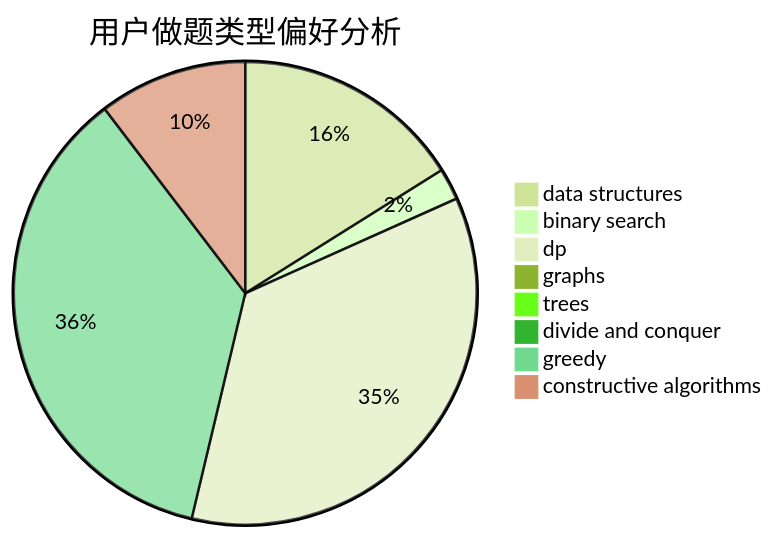
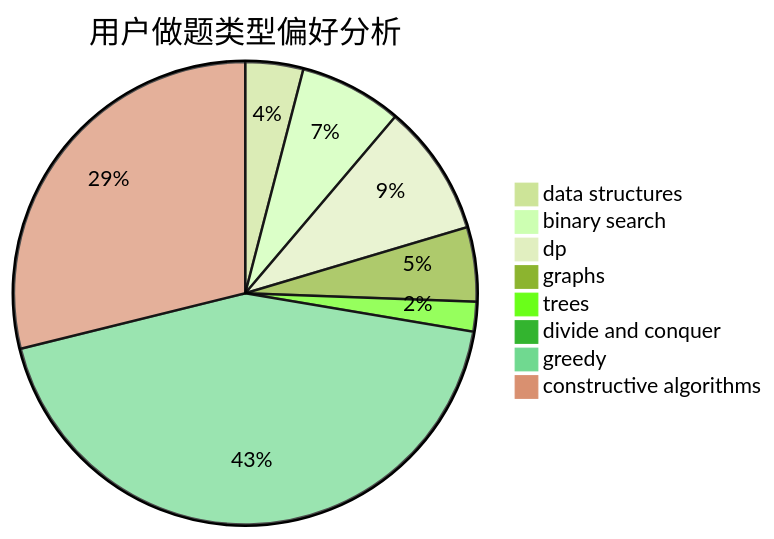
One commit to sherpahu/cfrs.github.io changed the second of 3 diagrams in docs/user/u2013.md. Above: the diagram before and after it, drawn with Mermaid (forest theme). The commit also changed other lines of this file and 2770 other files, not shown here.

````diff
--- a/docs/user/u2013.md
+++ b/docs/user/u2013.md
@@ -23,11 +23,11 @@
 ```mermaid
 pie title 用户做题类型偏好分析
-    "data structures" :  422
-    "binary search" :  58
-    "dp" :  929
-    "graphs" :  12
-    "trees" :  12
-    "divide and conquer" :  0
-    "greedy" :  942
-    "constructive algorithms" :  272
+    "data structures" :  84
+    "binary search" :  149
+    "dp" :  191
+    "graphs" :  108
+    "trees" :  43
+    "divide and conquer" :  3
+    "greedy" :  904
+    "constructive algorithms" :  600
 ```
````
